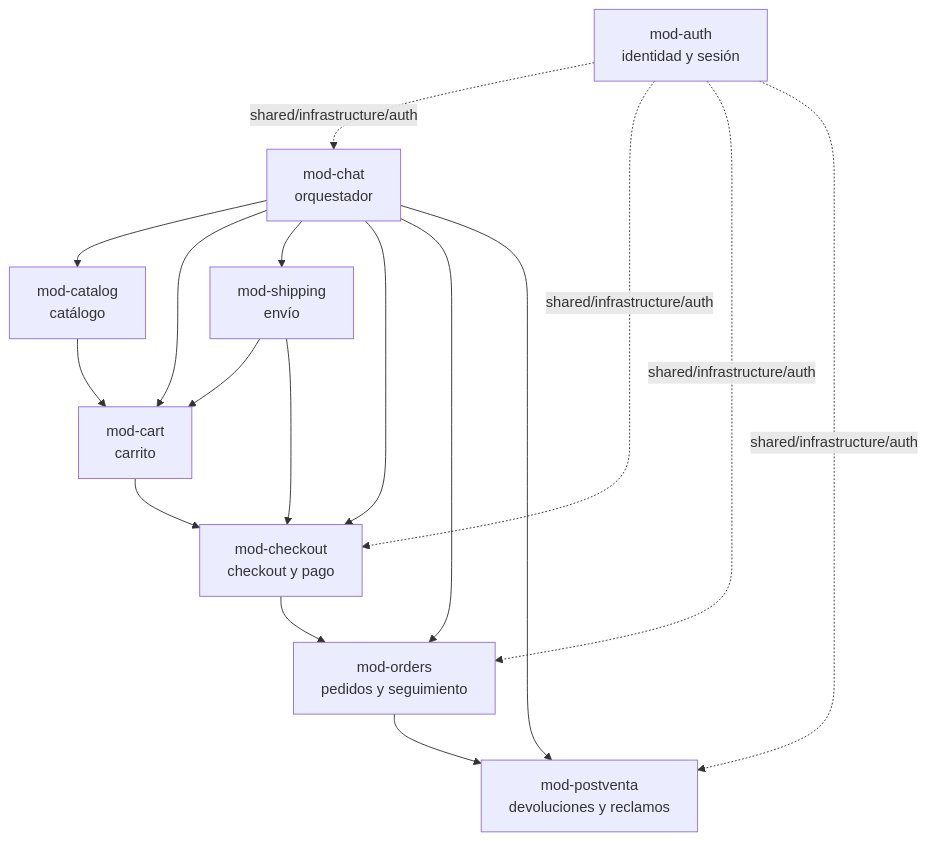
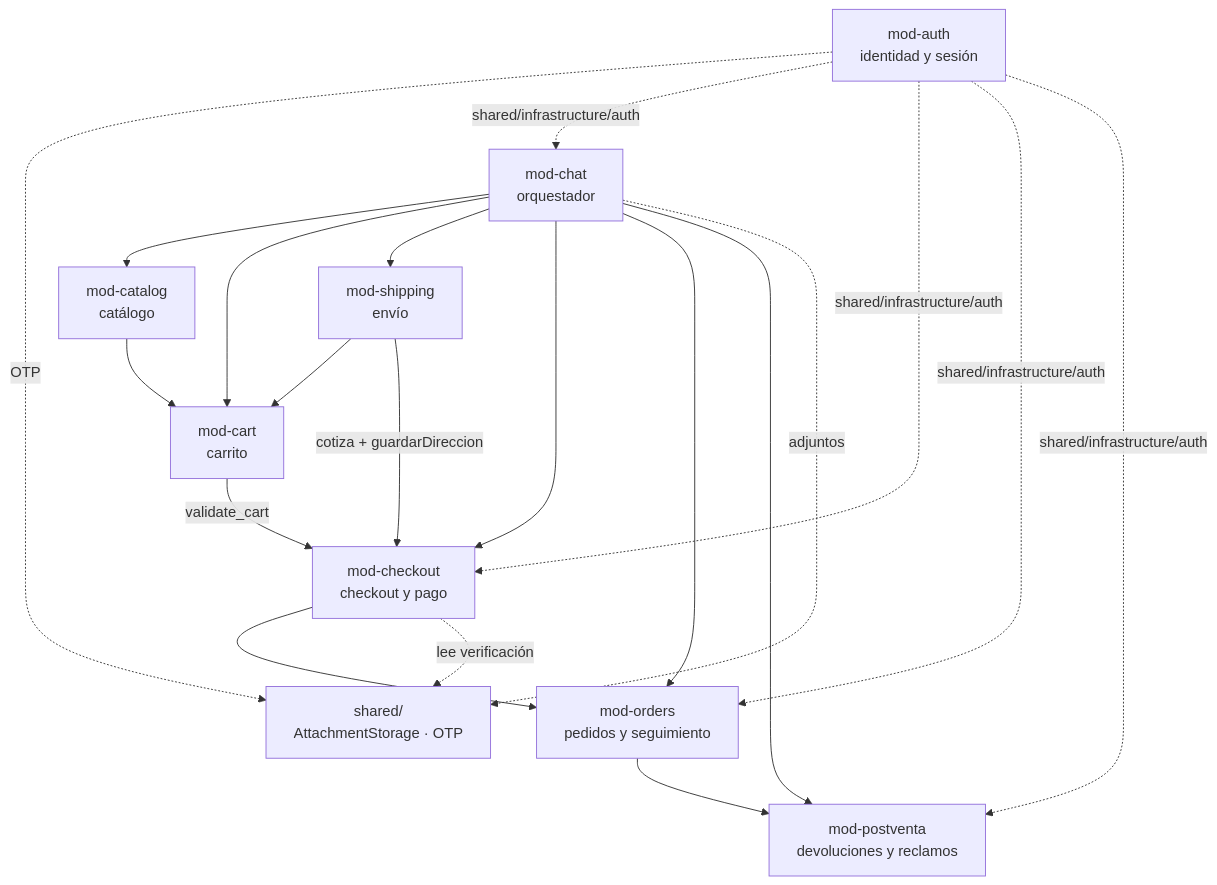
The diagram in docs/arquitectura/modularizacion.md (Taller-SW-Web/G3-Chatbot-specs), drawn with Mermaid before and after one commit. The commit also changed other lines of this file and 8 other files, not shown here.

First line of the commit message:
docs(adr): registra OTP, duplicados, adjuntos y feedback

````diff
--- a/docs/arquitectura/modularizacion.md
+++ b/docs/arquitectura/modularizacion.md
@@ -66,30 +66,34 @@
 ```mermaid
 graph TD
     auth["mod-auth<br/>identidad y sesión"]
     catalog["mod-catalog<br/>catálogo"]
     cart["mod-cart<br/>carrito"]
     shipping["mod-shipping<br/>envío"]
     checkout["mod-checkout<br/>checkout y pago"]
     orders["mod-orders<br/>pedidos y seguimiento"]
     postventa["mod-postventa<br/>devoluciones y reclamos"]
     chat["mod-chat<br/>orquestador"]
+    shared["shared/<br/>AttachmentStorage · OTP"]
 
     catalog --> cart
     shipping --> cart
-    cart --> checkout
-    shipping --> checkout
+    cart -->|"validate_cart"| checkout
+    shipping -->|"cotiza + guardarDireccion"| checkout
     checkout --> orders
     orders --> postventa
 
     chat --> catalog
     chat --> cart
     chat --> shipping
     chat --> checkout
     chat --> orders
     chat --> postventa
 
+    auth -. "OTP" .-> shared
+    chat -. "adjuntos" .-> shared
+    checkout -. "lee verificación" .-> shared
     auth -. "shared/infrastructure/auth" .-> chat
     auth -. "shared/infrastructure/auth" .-> checkout
     auth -. "shared/infrastructure/auth" .-> orders
     auth -. "shared/infrastructure/auth" .-> postventa
 ```
````
